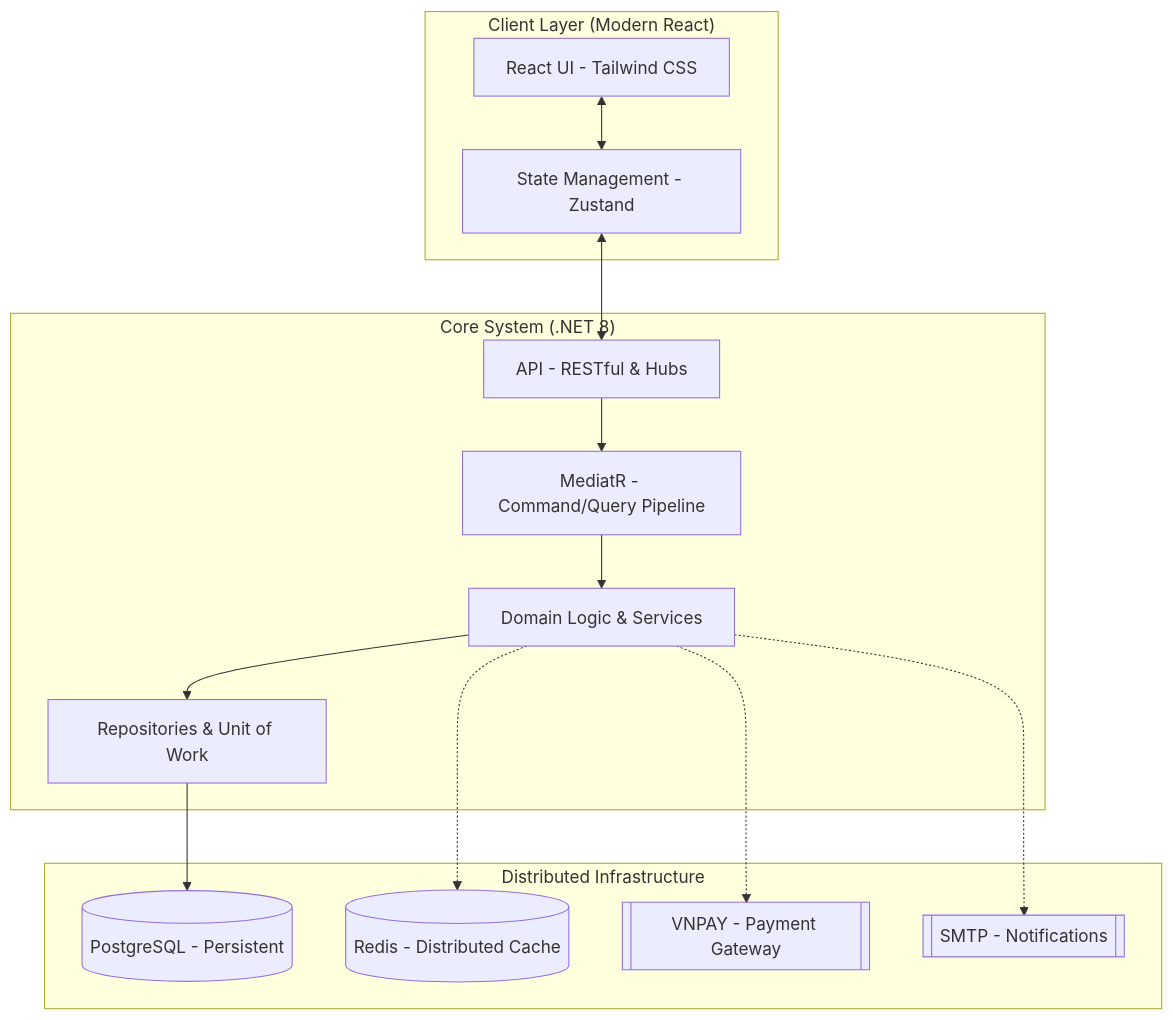
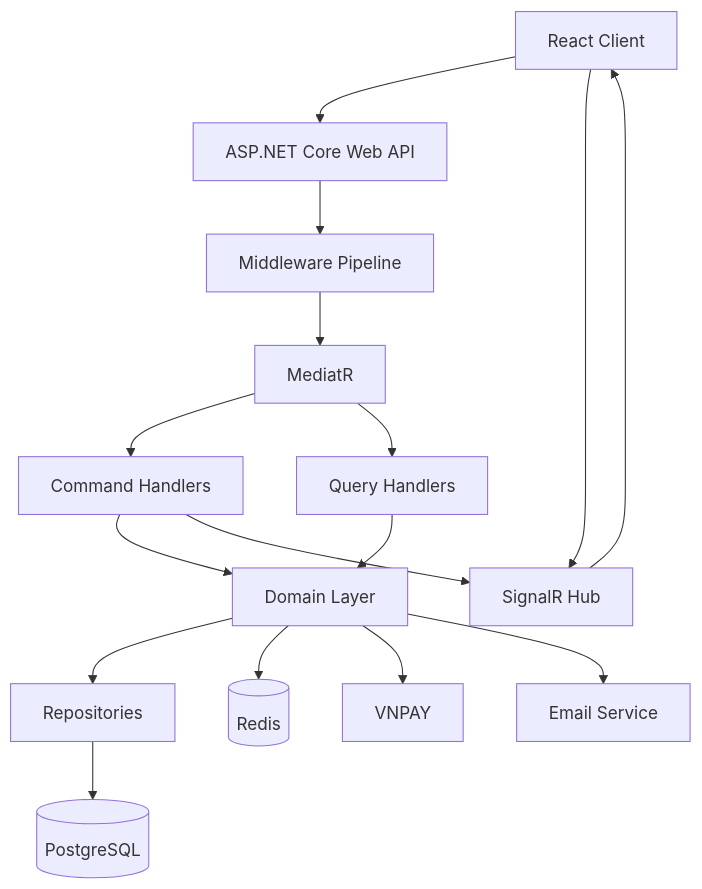
Before and after one commit to nglowji/graduation-project-NguyenTanLoi-ASP.NET: the first of 3 diagrams in README.md, drawn with Mermaid. The commit also changed other lines of this file, not shown here.

````diff
--- a/README.md
+++ b/README.md
@@ -53,31 +59,26 @@
 ```mermaid
-graph TD
-    subgraph "Client Layer (Modern React)"
-        UI[React UI - Tailwind CSS]
-        State[State Management - Zustand]
-    end
+flowchart TD
+    Client[React Client]
 
-    subgraph "Core System (.NET 8)"
-        API[API - RESTful & Hubs]
-        MediatR[MediatR - Command/Query Pipeline]
-        Logic[Domain Logic & Services]
-        Repo[Repositories & Unit of Work]
-    end
+    Client --> API[ASP.NET Core Web API]
+    Client --> Hub[SignalR Hub]
 
-    subgraph "Distributed Infrastructure"
-        PG[(PostgreSQL - Persistent)]
-        RD[(Redis - Distributed Cache)]
-        VN[[VNPAY - Payment Gateway]]
-        MAIL[[SMTP - Notifications]]
-    end
+    API --> Middleware[Middleware Pipeline]
+    Middleware --> MediatR[MediatR]
 
-    UI <--> State
-    State <--> API
-    API --> MediatR
-    MediatR --> Logic
-    Logic --> Repo
-    Repo --> PG
-    Logic -.-> RD
-    Logic -.-> VN
-    Logic -.-> MAIL
+    MediatR --> Commands[Command Handlers]
+    MediatR --> Queries[Query Handlers]
+
+    Commands --> Domain[Domain Layer]
+    Queries --> Domain
+
+    Domain --> Repositories[Repositories]
+    Repositories --> PostgreSQL[(PostgreSQL)]
+
+    Domain --> Redis[(Redis)]
+    Domain --> VNPAY[VNPAY]
+    Domain --> Email[Email Service]
+
+    Commands --> Hub
+    Hub --> Client
 ```
````
